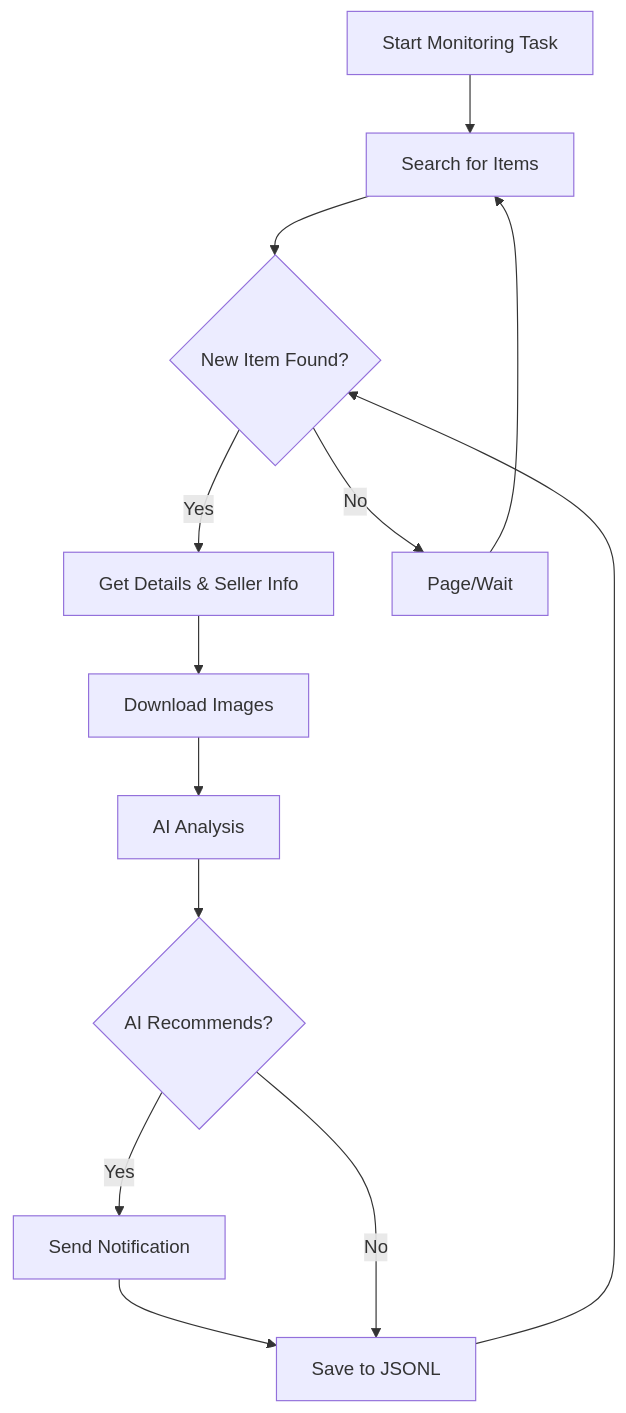
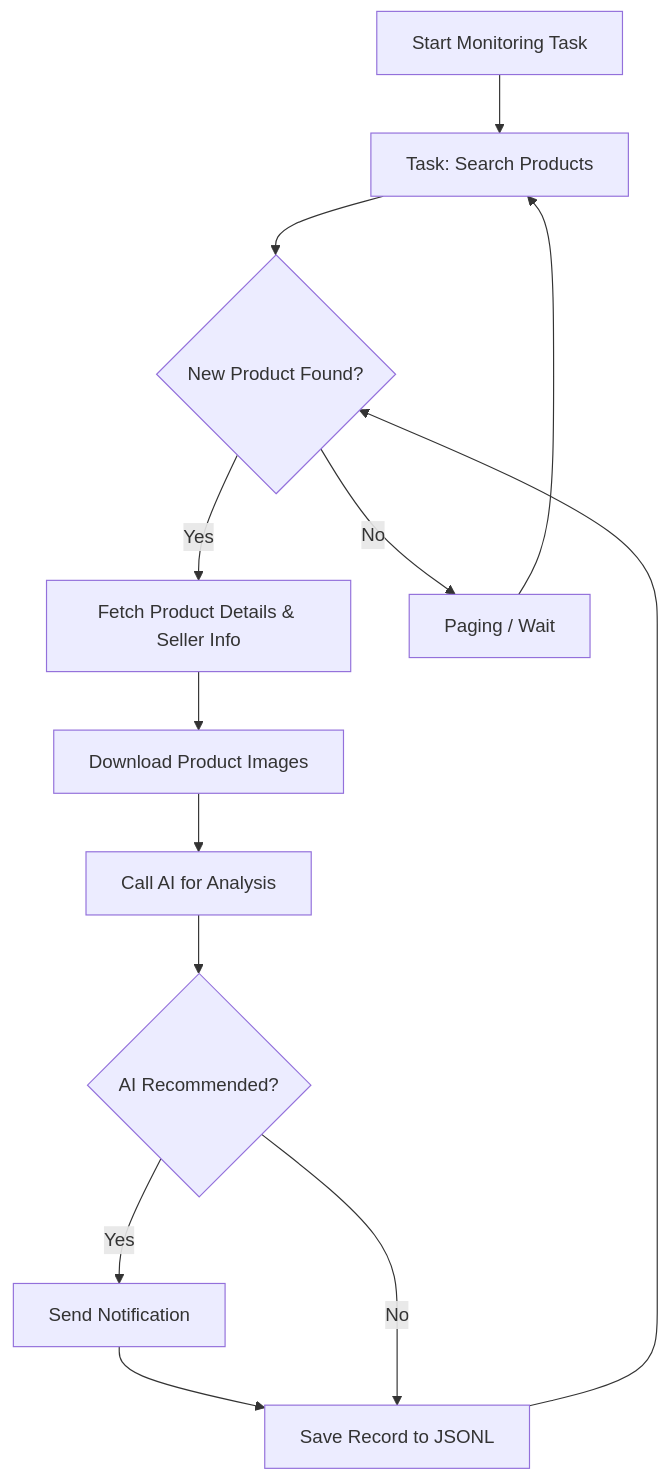
One commit to saurav-z/repo-docs changed the diagram in docs/dingyufei615-ai-goofish-monitor.md. Above: the diagram before and after it, drawn with Mermaid. The commit also changed other lines of this file and 218 other files, not shown here.

````diff
--- a/docs/dingyufei615-ai-goofish-monitor.md
+++ b/docs/dingyufei615-ai-goofish-monitor.md
@@ -128,15 +176,15 @@
 ```mermaid
 graph TD
-    A[Start Monitoring Task] --> B[Search for Items];
-    B --> C{New Item Found?};
-    C -- Yes --> D[Get Details & Seller Info];
-    D --> E[Download Images];
-    E --> F[AI Analysis];
-    F --> G{AI Recommends?};
+    A[Start Monitoring Task] --> B[Task: Search Products];
+    B --> C{New Product Found?};
+    C -- Yes --> D[Fetch Product Details & Seller Info];
+    D --> E[Download Product Images];
+    E --> F[Call AI for Analysis];
+    F --> G{AI Recommended?};
     G -- Yes --> H[Send Notification];
-    H --> I[Save to JSONL];
+    H --> I[Save Record to JSONL];
     G -- No --> I;
-    C -- No --> J[Page/Wait];
+    C -- No --> J[Paging / Wait];
     J --> B;
     I --> C;
 ```
````
